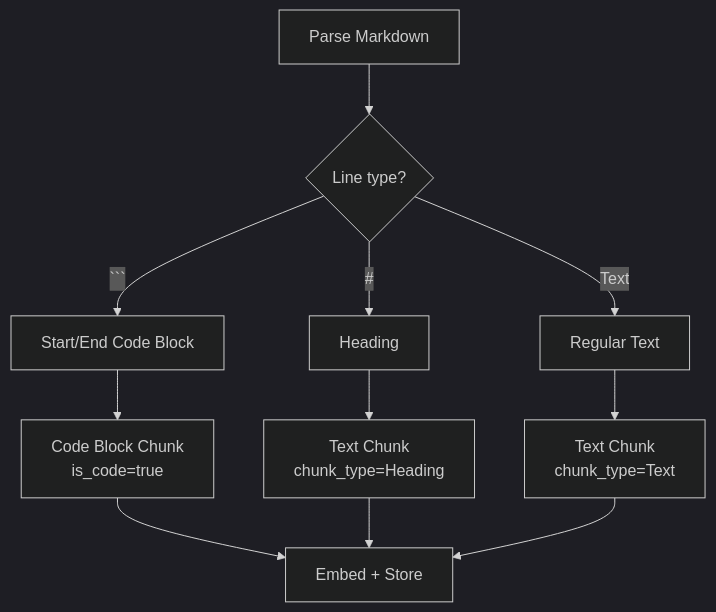
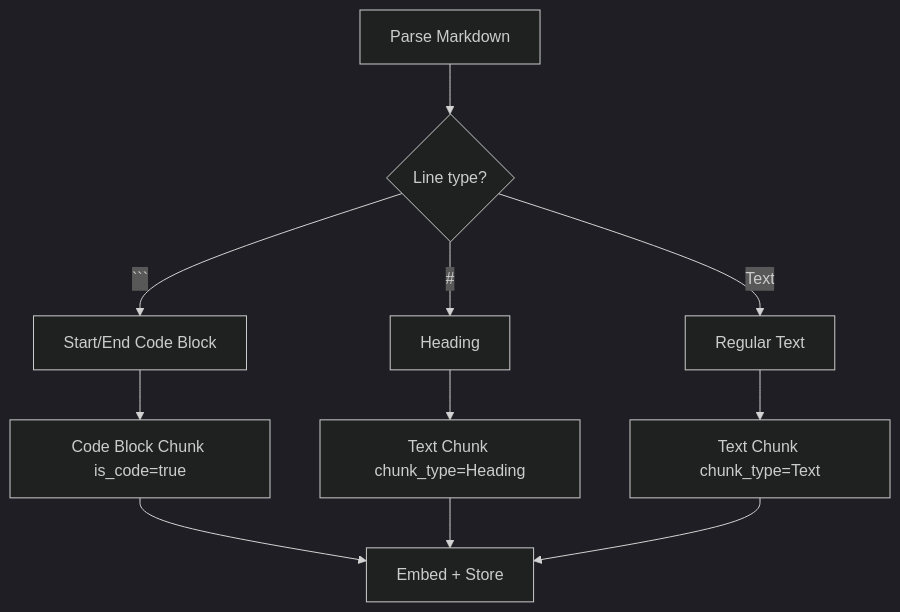
The third of 7 diagrams in wiki/Rust-Components.md (softwarewrighter/rag-demo), drawn with Mermaid (dark theme) before and after one commit. The commit also changed other lines of this file and 7 other files, not shown here.

````diff
--- a/wiki/Rust-Components.md
+++ b/wiki/Rust-Components.md
@@ -247,15 +247,15 @@
 ```mermaid
 flowchart TD
     A[Parse Markdown] --> B{Line type?}
     B -->|```| C[Start/End Code Block]
     B -->|#| D[Heading]
     B -->|Text| E[Regular Text]
 
-    C --> F[Code Block Chunk<br/>is_code=true]
-    D --> G[Text Chunk<br/>chunk_type=Heading]
-    E --> H[Text Chunk<br/>chunk_type=Text]
+    C --> F[Code Block Chunk is_code=true]
+    D --> G[Text Chunk chunk_type=Heading]
+    E --> H[Text Chunk chunk_type=Text]
 
     F --> I[Embed + Store]
     G --> I
     H --> I
 ```
````
